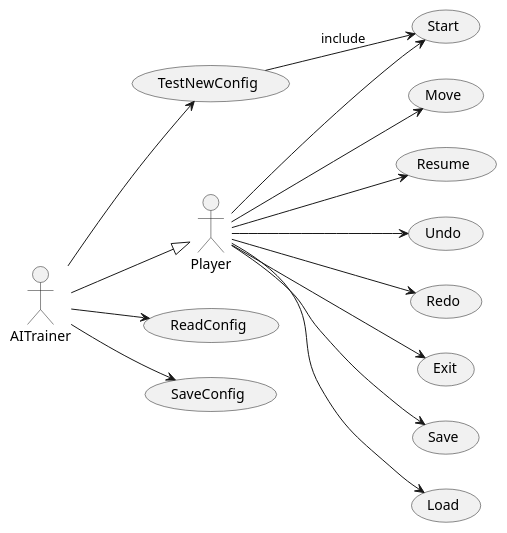
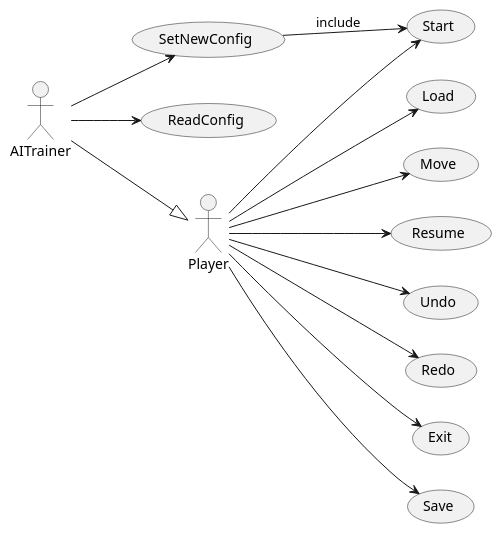
The diagram in docs/src/use-cases/use-cases.plantuml (Master-Desarrollo-20-21/patrones-diseno---practica-final---juego-de-las-damas-fraylopez), drawn with PlantUML before and after one commit. The commit also changed 3 other files, not shown here.

Commit message:
wip diagrams

```diff
--- a/docs/src/use-cases/use-cases.plantuml
+++ b/docs/src/use-cases/use-cases.plantuml
@@ -1,35 +1,35 @@
 @startuml UseCases
 left to right direction
 actor Player
 actor AITrainer
 
 AITrainer -down-|> Player
 
 usecase Start
 usecase Move
 usecase Resume
 usecase Undo
 usecase Redo
 usecase Exit
 usecase Save
 usecase Load
 
 usecase ReadConfig
-usecase TestNewConfig
-usecase SaveConfig
+' usecase TestNewConfig
+usecase SetNewConfig
 
 Player --> Start
 Player --> Move
 Player --> Undo
 Player --> Redo
 Player --> Exit
 Player --> Save
 Player --> Resume
 Player --> Load
 
 AITrainer --> ReadConfig
-AITrainer --> TestNewConfig
-AITrainer --> SaveConfig
+' AITrainer --> TestNewConfig
+AITrainer --> SetNewConfig
 
-TestNewConfig --> Start :"include"
+SetNewConfig --> Start :"include"
 @enduml
```
